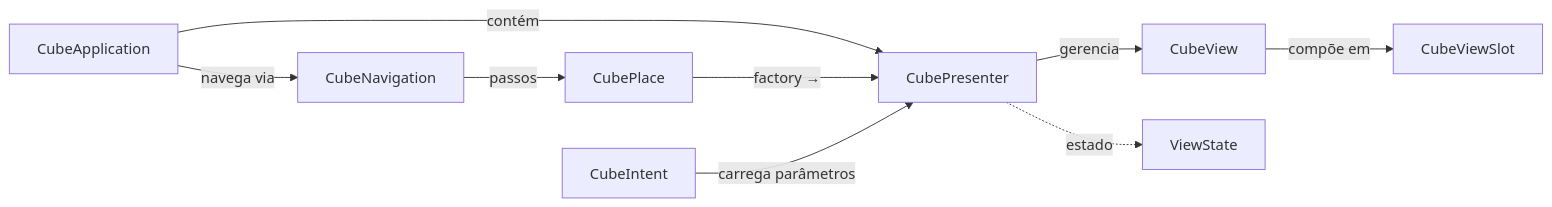
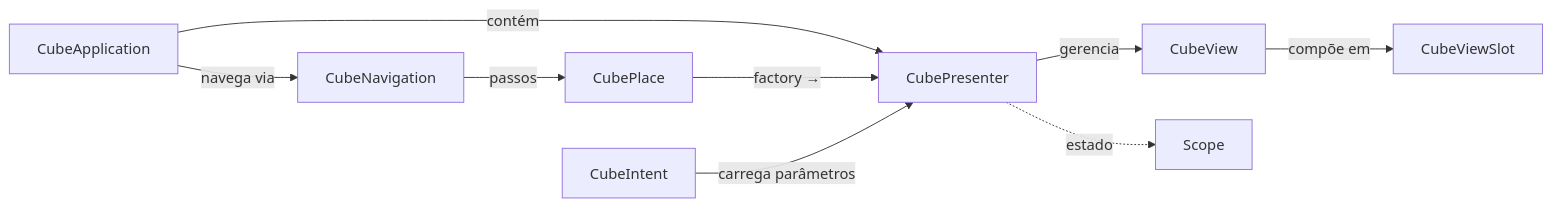
The diagram in fontes/br.com.wdc.framework/br.com.wdc.framework.cube/README.md (mrcdom/wdc-cube-java-v2), drawn with Mermaid before and after one commit. The commit also changed other lines of this file and 77 other files, not shown here.

First line of the commit message:
🧹 [CHORE] ViewState passa a se chamar Scope

````diff
--- a/fontes/br.com.wdc.framework/br.com.wdc.framework.cube/README.md
+++ b/fontes/br.com.wdc.framework/br.com.wdc.framework.cube/README.md
@@ -9,20 +9,20 @@
 ```mermaid
 graph LR
     App["CubeApplication"]
     Nav["CubeNavigation"]
     Place["CubePlace"]
     Intent["CubeIntent"]
     Pres["CubePresenter"]
     View["CubeView"]
     Slot["CubeViewSlot"]
-    State["ViewState"]
+    State["Scope"]
 
     App -->|"contém"| Pres
     App -->|"navega via"| Nav
     Nav -->|"passos"| Place
     Place -->|"factory →"| Pres
     Pres -->|"gerencia"| View
     View -->|"compõe em"| Slot
     Intent -->|"carrega parâmetros"| Pres
     Pres -.->|"estado"| State
 ```
````
